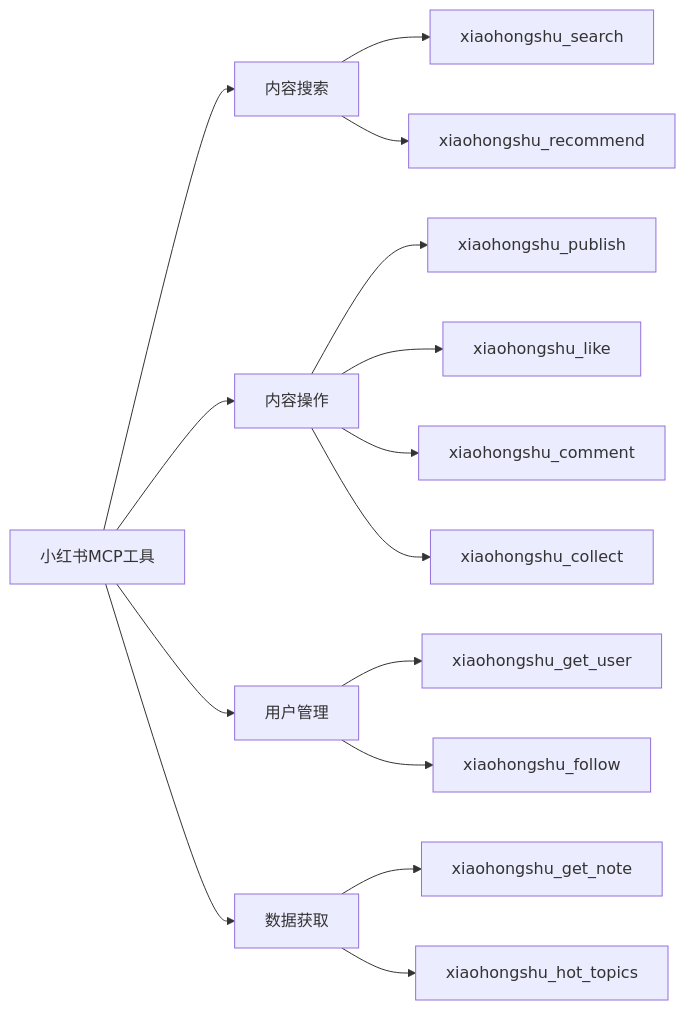
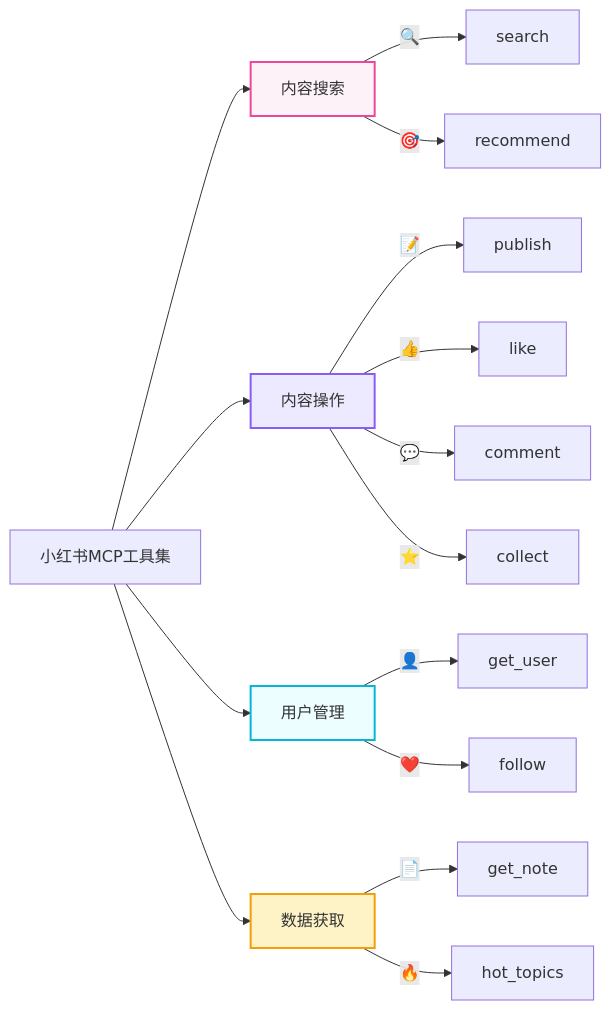
Before and after one commit to s233a/slidev-ppt: the third of 3 diagrams in slides.md, drawn with Mermaid. The commit also changed other lines of this file, not shown here.

````diff
--- a/slides.md
+++ b/slides.md
@@ -346,21 +315,26 @@
 ```mermaid
 graph LR
-    A[小红书MCP工具] --> B[内容搜索]
+    A[小红书MCP工具集] --> B[内容搜索]
     A --> C[内容操作]
     A --> D[用户管理]
     A --> E[数据获取]
     
-    B --> B1[xiaohongshu_search]
-    B --> B2[xiaohongshu_recommend]
+    B -->|🔍| B1[search]
+    B -->|🎯| B2[recommend]
     
-    C --> C1[xiaohongshu_publish]
-    C --> C2[xiaohongshu_like]
-    C --> C3[xiaohongshu_comment]
-    C --> C4[xiaohongshu_collect]
+    C -->|📝| C1[publish]
+    C -->|👍| C2[like]
+    C -->|💬| C3[comment]
+    C -->|⭐| C4[collect]
     
-    D --> D1[xiaohongshu_get_user]
-    D --> D2[xiaohongshu_follow]
+    D -->|👤| D1[get_user]
+    D -->|❤️| D2[follow]
     
-    E --> E1[xiaohongshu_get_note]
-    E --> E2[xiaohongshu_hot_topics]
+    E -->|📄| E1[get_note]
+    E -->|🔥| E2[hot_topics]
+    
+    style B fill:#fdf2f8,stroke:#ec4899,stroke-width:2px
+    style C fill:#ede9fe,stroke:#8b5cf6,stroke-width:2px
+    style D fill:#ecfeff,stroke:#06b6d4,stroke-width:2px
+    style E fill:#fef3c7,stroke:#f59e0b,stroke-width:2px
 ```
````
